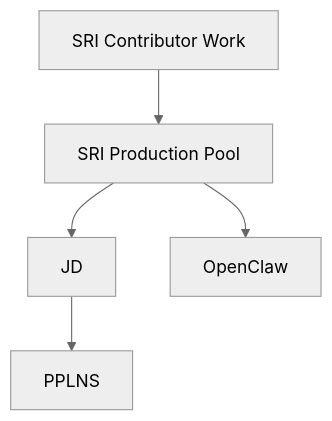
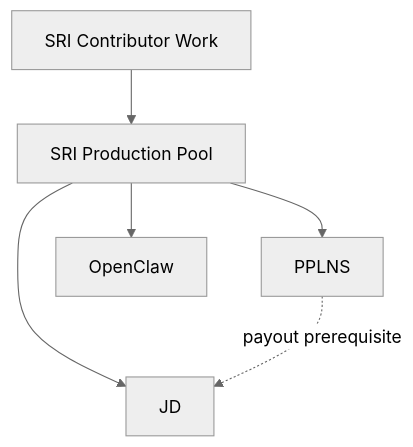
The diagram in 15 Projects/Projects.md (plebhash/obsidian), drawn with Mermaid (neutral theme) before and after one commit. The commit also changed 6 other files, not shown here.

````diff
--- a/15 Projects/Projects.md
+++ b/15 Projects/Projects.md
@@ -18,7 +18,8 @@
 ```mermaid
 flowchart TD
     A["SRI Contributor Work"] --> B["SRI Production Pool"]
     B --> C["JD"]
-    C --> D["PPLNS"]
+    B --> D["PPLNS"]
     B --> E["OpenClaw"]
+    D -. "payout prerequisite" .-> C
 ```
````
